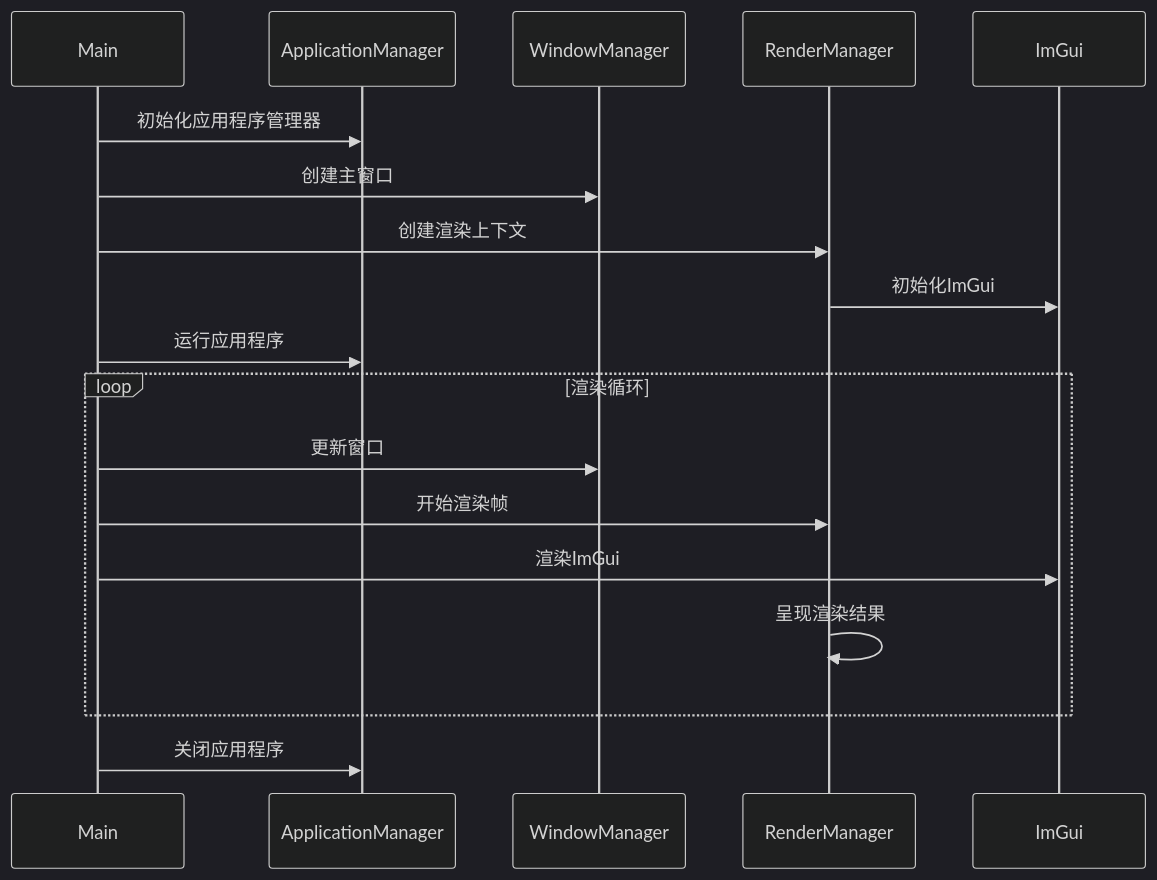
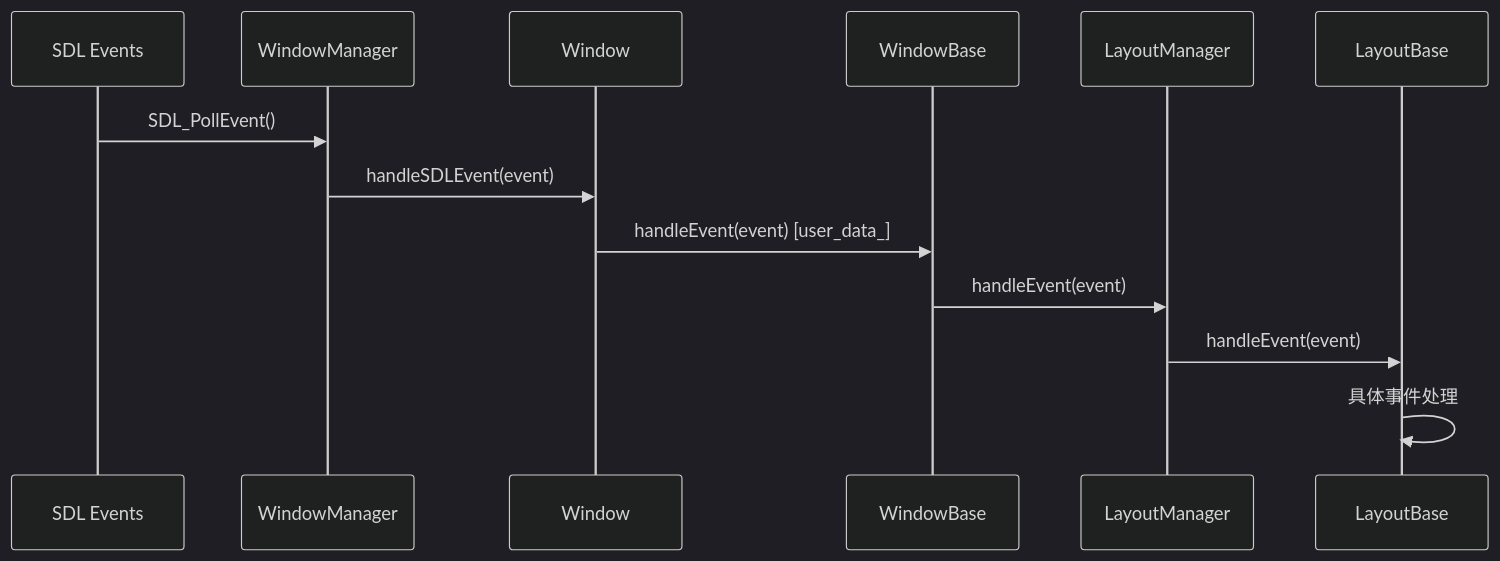
The fifth of 5 diagrams in Project.md (ygsheep/DearTs), drawn with Mermaid (dark theme) before and after one commit. The commit also changed other lines of this file and 24 other files, not shown here.

````diff
--- a/Project.md
+++ b/Project.md
@@ -162,21 +199,16 @@
 ```mermaid
 sequenceDiagram
-    participant M as Main
-    participant AM as ApplicationManager
+    participant SDL as SDL Events
     participant WM as WindowManager
-    participant RM as RenderManager
-    participant IM as ImGui
-    
-    M->>AM: 初始化应用程序管理器
-    M->>WM: 创建主窗口
-    M->>RM: 创建渲染上下文
-    RM->>IM: 初始化ImGui
-    M->>AM: 运行应用程序
-    loop 渲染循环
-        M->>WM: 更新窗口
-        M->>RM: 开始渲染帧
-        M->>IM: 渲染ImGui
-        RM->>RM: 呈现渲染结果
-    end
-    M->>AM: 关闭应用程序
+    participant W as Window
+    participant WB as WindowBase
+    participant LM as LayoutManager
+    participant LB as LayoutBase
+
+    SDL->>WM: SDL_PollEvent()
+    WM->>W: handleSDLEvent(event)
+    W->>WB: handleEvent(event) [user_data_]
+    WB->>LM: handleEvent(event)
+    LM->>LB: handleEvent(event)
+    LB->>LB: 具体事件处理
 ```
````
